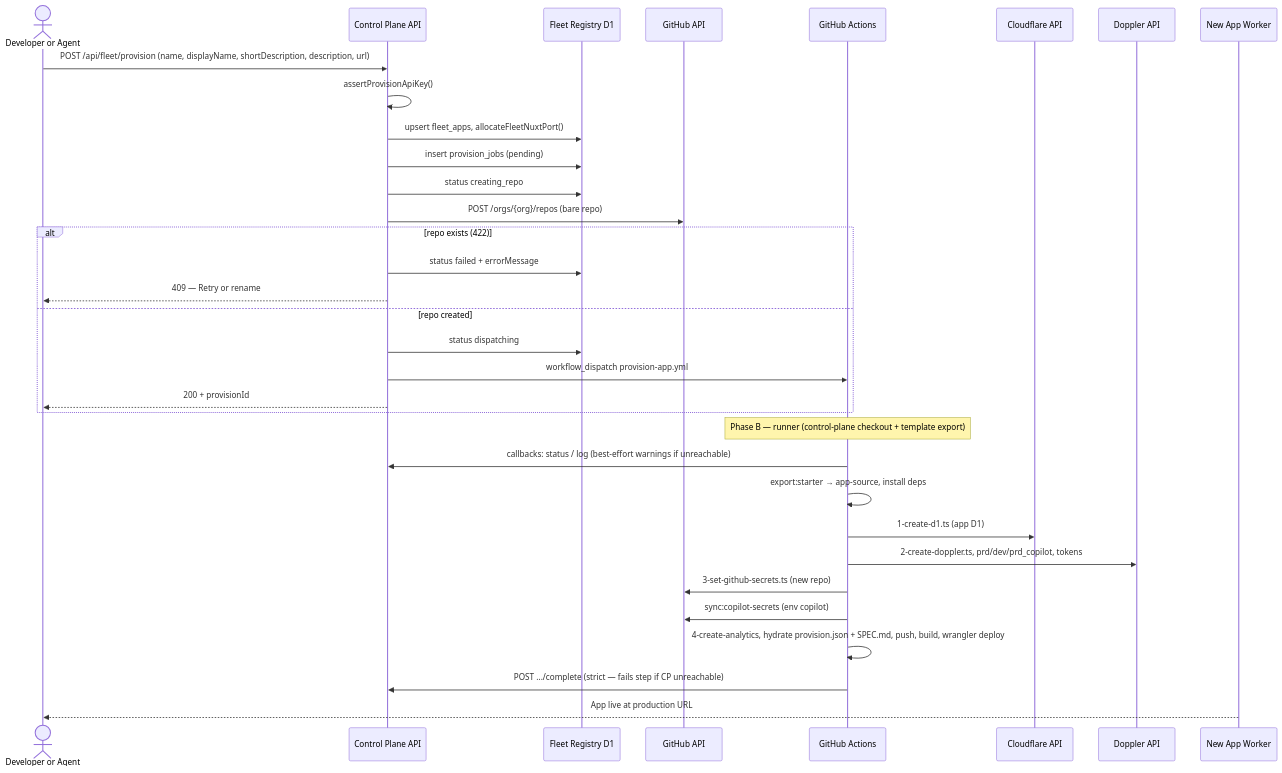
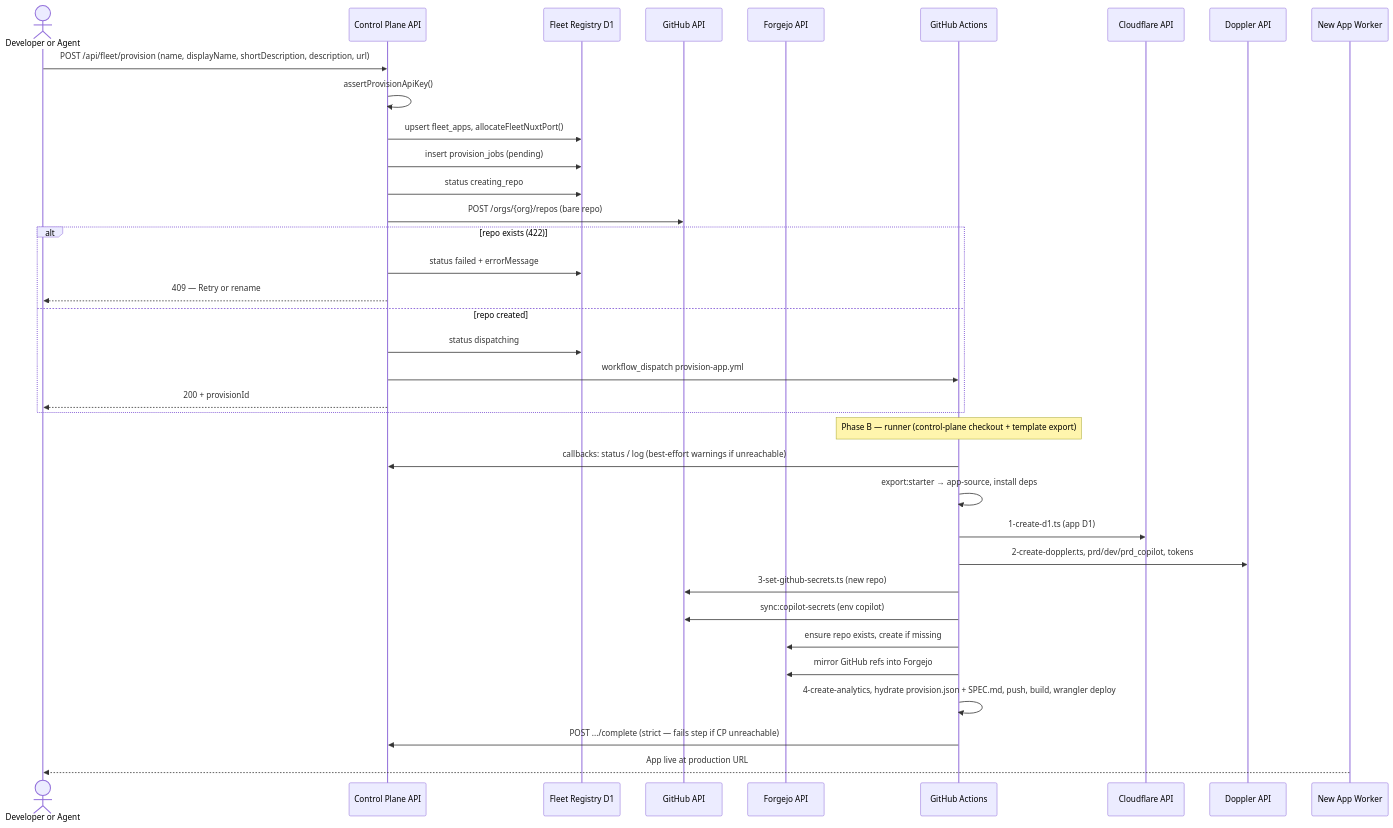
The first of 3 diagrams in docs/provisioning-flow.md (narduk-enterprises/control-plane), drawn with Mermaid before and after one commit. The commit also changed other lines of this file and 37 other files, not shown here.

````diff
--- a/docs/provisioning-flow.md
+++ b/docs/provisioning-flow.md
@@ -48,40 +50,43 @@
 ```mermaid
 sequenceDiagram
     actor Dev as Developer or Agent
     participant CP as Control Plane API
     participant D1 as Fleet Registry D1
     participant GH as GitHub API
+    participant FJ as Forgejo API
     participant GHA as GitHub Actions
     participant CF as Cloudflare API
     participant Dopp as Doppler API
     participant App as New App Worker
 
     Dev->>CP: POST /api/fleet/provision (name, displayName, shortDescription, description, url)
     CP->>CP: assertProvisionApiKey()
 
     CP->>D1: upsert fleet_apps, allocateFleetNuxtPort()
     CP->>D1: insert provision_jobs (pending)
     CP->>D1: status creating_repo
     CP->>GH: POST /orgs/{org}/repos (bare repo)
     alt repo exists (422)
       CP->>D1: status failed + errorMessage
       CP-->>Dev: 409 — Retry or rename
     else repo created
       CP->>D1: status dispatching
       CP->>GHA: workflow_dispatch provision-app.yml
       CP-->>Dev: 200 + provisionId
     end
 
     Note over GHA: Phase B — runner (control-plane checkout + template export)
 
     GHA->>CP: callbacks: status / log (best-effort warnings if unreachable)
     GHA->>GHA: export:starter → app-source, install deps
     GHA->>CF: 1-create-d1.ts (app D1)
     GHA->>Dopp: 2-create-doppler.ts, prd/dev/prd_copilot, tokens
     GHA->>GH: 3-set-github-secrets.ts (new repo)
     GHA->>GH: sync:copilot-secrets (env copilot)
+    GHA->>FJ: ensure repo exists, create if missing
+    GHA->>FJ: mirror GitHub refs into Forgejo
     GHA->>GHA: 4-create-analytics, hydrate provision.json + SPEC.md, push, build, wrangler deploy
     GHA->>CP: POST .../complete (strict — fails step if CP unreachable)
 
     App-->>Dev: App live at production URL
 ```
````
